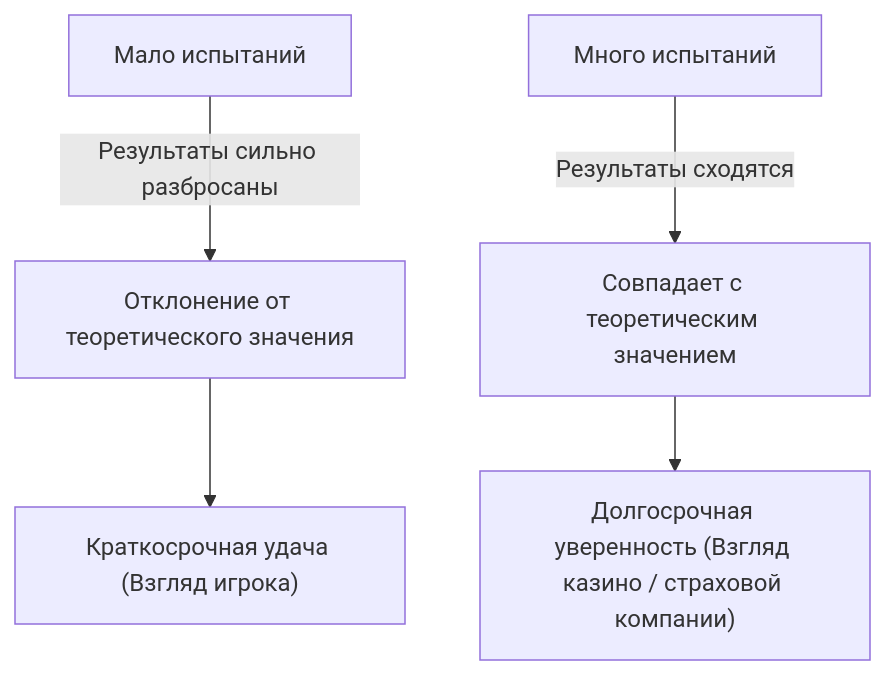
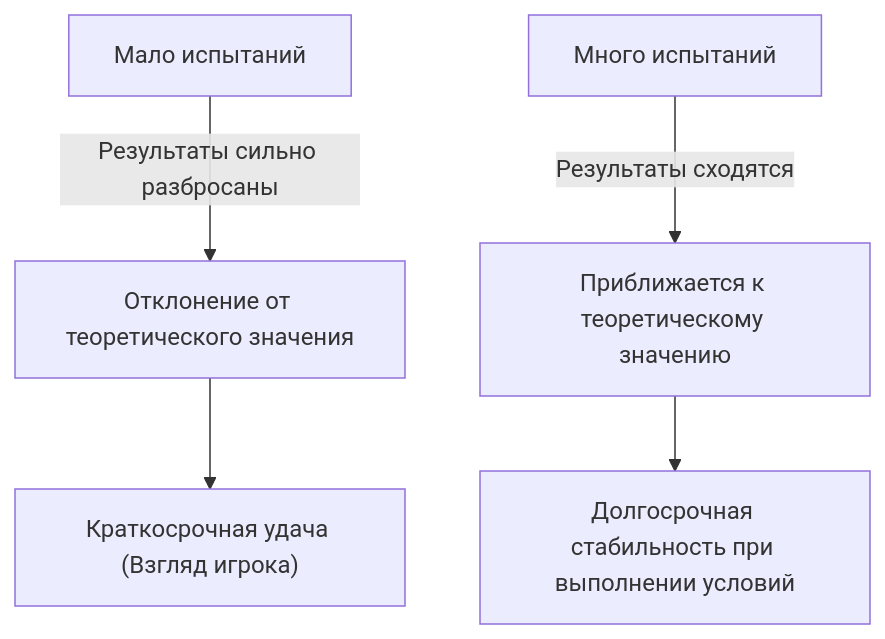
Before and after one commit to kenjinote/blog: the first of 2 diagrams in content/post/law-of-large-numbers/index.ru.md, drawn with Mermaid. The commit also changed other lines of this file and 7 other files, not shown here.

````diff
--- a/content/post/law-of-large-numbers/index.ru.md
+++ b/content/post/law-of-large-numbers/index.ru.md
@@ -30,7 +30,7 @@
 ```mermaid
 graph TD
     A["Мало испытаний"] -->|"Результаты сильно разбросаны"| B["Отклонение от теоретического значения"]
-    C["Много испытаний"] -->|"Результаты сходятся"| D["Совпадает с теоретическим значением"]
+    C["Много испытаний"] -->|"Результаты сходятся"| D["Приближается к теоретическому значению"]
     B --> E["Краткосрочная удача (Взгляд игрока)"]
-    D --> F["Долгосрочная уверенность (Взгляд казино / страховой компании)"]
+    D --> F["Долгосрочная стабильность при выполнении условий"]
 ```
````
